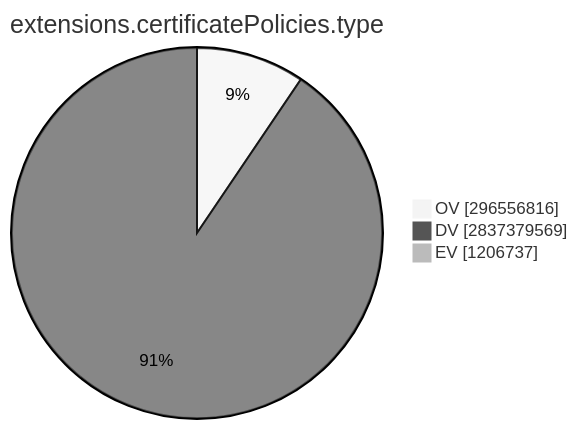
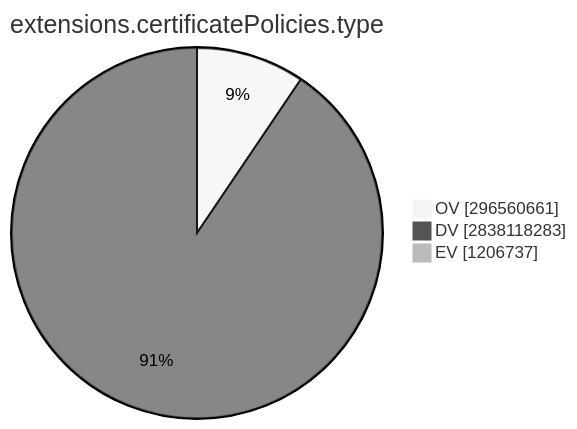
Before and after one commit to christiankrug/ctmonitor_visualization: the ninth of 15 diagrams in TOTAL/README.md, drawn with Mermaid (neutral theme). The commit also changed other lines of this file, not shown here.

````diff
--- a/TOTAL/README.md
+++ b/TOTAL/README.md
@@ -3099,7 +3099,7 @@
 ```mermaid
 pie showData
 title extensions.certificatePolicies.type
-"OV" :296556816
-"DV" :2837379569
+"OV" :296560661
+"DV" :2838118283
 "EV" :1206737
 ```
````
